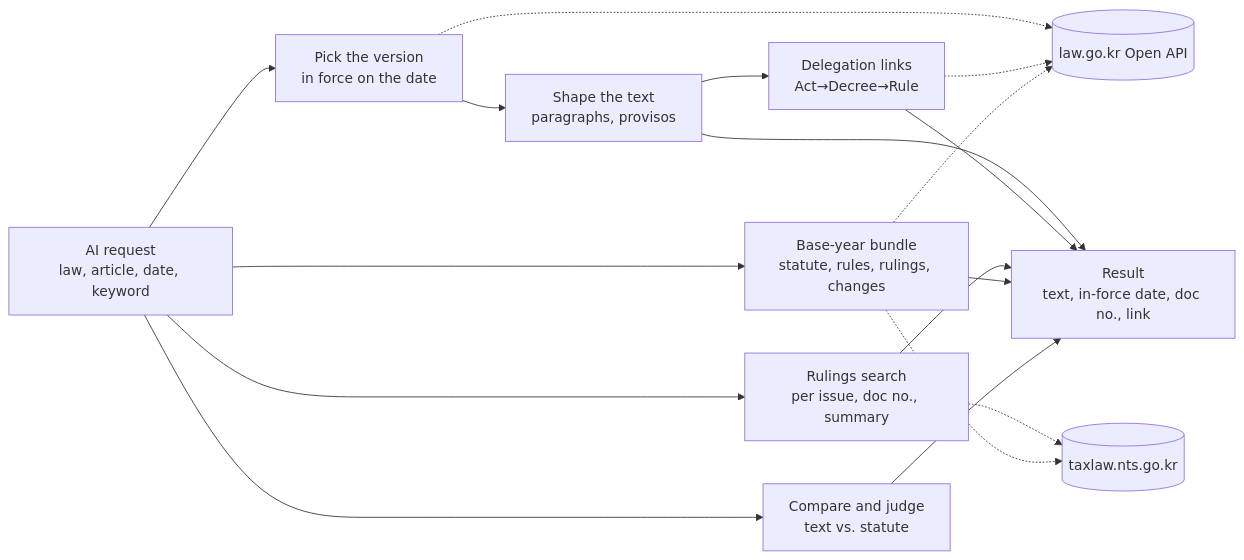
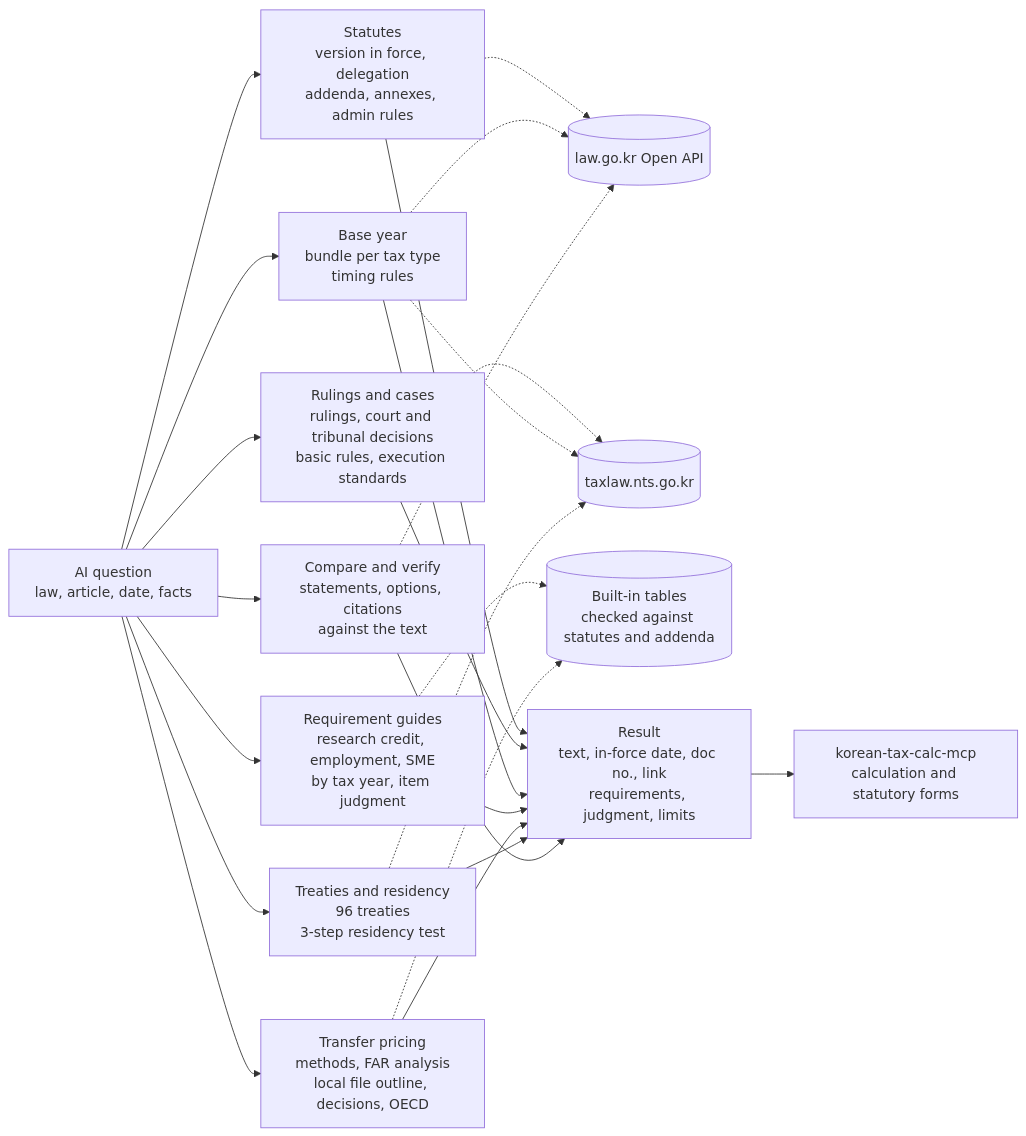
Before and after one commit to UpstageAI/korean-tax-mcp: the diagram in README-EN.md, drawn with Mermaid. The commit also changed other lines of this file and 4 other files, not shown here.

First line of the commit message:
README 전면 정리: 작동 방식 다이어그램, 참고 자료 절 (0.12.27)

````diff
--- a/README-EN.md
+++ b/README-EN.md
@@ -17,19 +17,27 @@
 ```mermaid
 flowchart LR
-  Q["AI request<br/>law, article, date, keyword"] --> V["Pick the version<br/>in force on the date"]
-  V --> P["Shape the text<br/>paragraphs, provisos"]
-  P --> L["Delegation links<br/>Act→Decree→Rule"]
-  Q --> S["Rulings search<br/>per issue, doc no., summary"]
-  Q --> Y["Base-year bundle<br/>statute, rules, rulings, changes"]
-  Q --> C["Compare and judge<br/>text vs. statute"]
-  V -.-> A1[("law.go.kr Open API")]
-  L -.-> A1
-  S -.-> A2[("taxlaw.nts.go.kr")]
-  Y -.-> A1
-  Y -.-> A2
-  P --> R["Result<br/>text, in-force date, doc no., link"]
-  L --> R
-  S --> R
-  Y --> R
+  Q["AI question<br/>law, article, date, facts"]
+  Q --> A["Statutes<br/>version in force, delegation<br/>addenda, annexes, admin rules"]
+  Q --> B["Rulings and cases<br/>rulings, court and tribunal decisions<br/>basic rules, execution standards"]
+  Q --> C["Base year<br/>bundle per tax type<br/>timing rules"]
+  Q --> D["Requirement guides<br/>research credit, employment, SME<br/>by tax year, item judgment"]
+  Q --> E["Transfer pricing<br/>methods, FAR analysis<br/>local file outline, decisions, OECD"]
+  Q --> F["Treaties and residency<br/>96 treaties<br/>3-step residency test"]
+  Q --> G["Compare and verify<br/>statements, options, citations<br/>against the text"]
+  A -.-> S1[("law.go.kr Open API")]
+  B -.-> S2[("taxlaw.nts.go.kr")]
+  C -.-> S1
+  C -.-> S2
+  F -.-> S2
+  G -.-> S1
+  D -.-> S3[("Built-in tables<br/>checked against statutes and addenda")]
+  E -.-> S3
+  A --> R["Result<br/>text, in-force date, doc no., link<br/>requirements, judgment, limits"]
+  B --> R
   C --> R
+  D --> R
+  E --> R
+  F --> R
+  G --> R
+  R --> K["korean-tax-calc-mcp<br/>calculation and statutory forms"]
 ```
````
